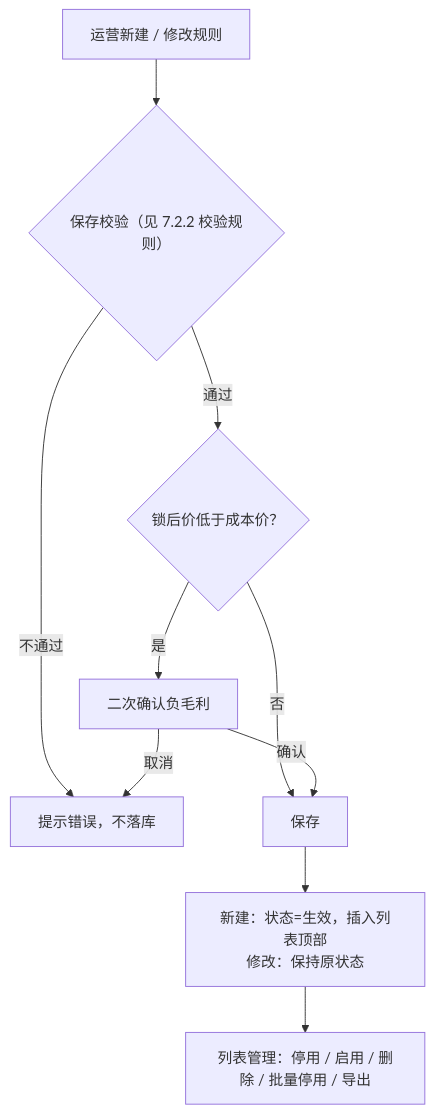
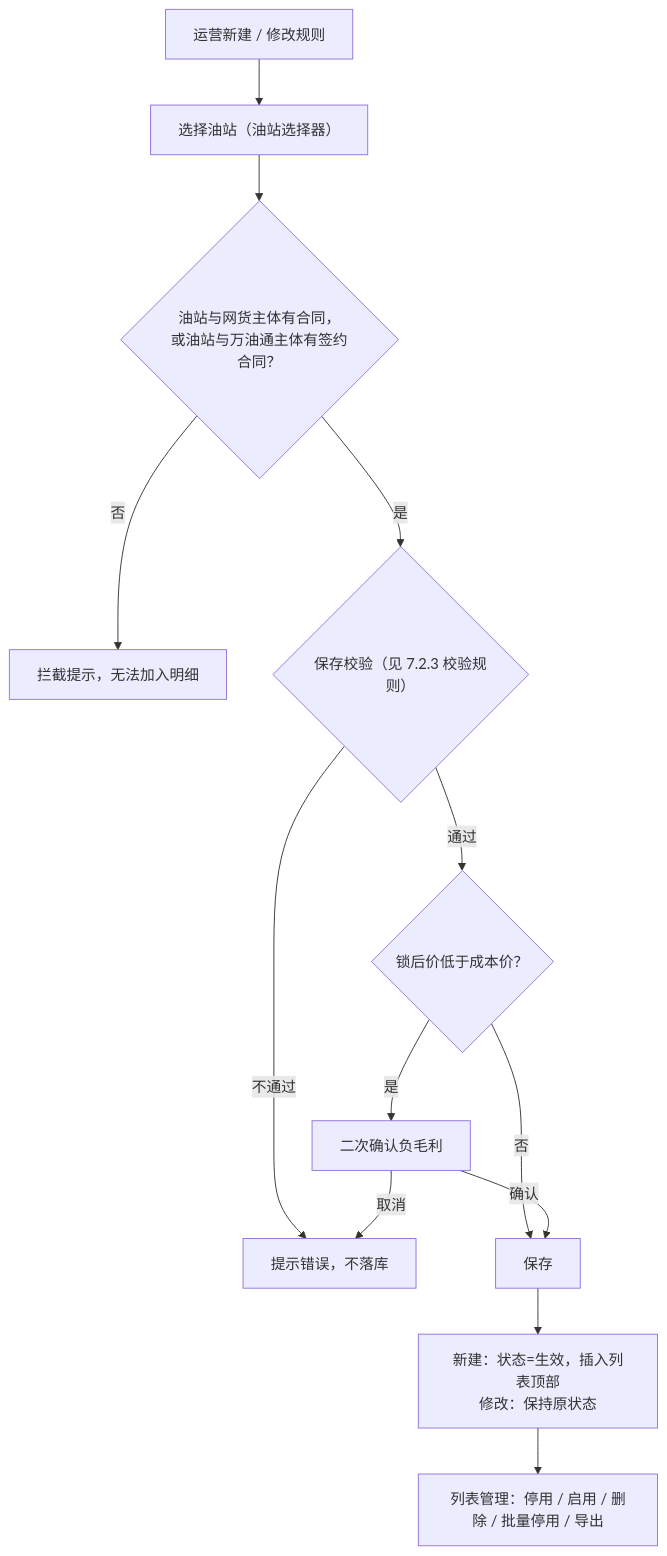
The second of 3 diagrams in 货主锁站锁价-产品需求-页面说明.md (Zsmboom/matching-order-prototype), drawn with Mermaid before and after one commit. The commit also changed other lines of this file and 35 other files, not shown here.

````diff
--- a/货主锁站锁价-产品需求-页面说明.md
+++ b/货主锁站锁价-产品需求-页面说明.md
@@ -36,12 +39,15 @@
 ```mermaid
 flowchart TD
-  A["运营新建 / 修改规则"] --> B{"保存校验（见 7.2.2 校验规则）"}
+  A["运营新建 / 修改规则"] --> S["选择油站（油站选择器）"]
+  S --> T{"油站与网货主体有合同，<br/>或油站与万油通主体有签约合同？"}
+  T -->|否| T2["拦截提示，无法加入明细"]
+  T -->|是| B{"保存校验（见 7.2.3 校验规则）"}
   B -->|不通过| C["提示错误，不落库"]
   B -->|通过| D{"锁后价低于成本价？"}
   D -->|是| E["二次确认负毛利"]
   D -->|否| F["保存"]
   E -->|确认| F
   E -->|取消| C
   F --> G["新建：状态=生效，插入列表顶部<br/>修改：保持原状态"]
   G --> H["列表管理：停用 / 启用 / 删除 / 批量停用 / 导出"]
 ```
````
